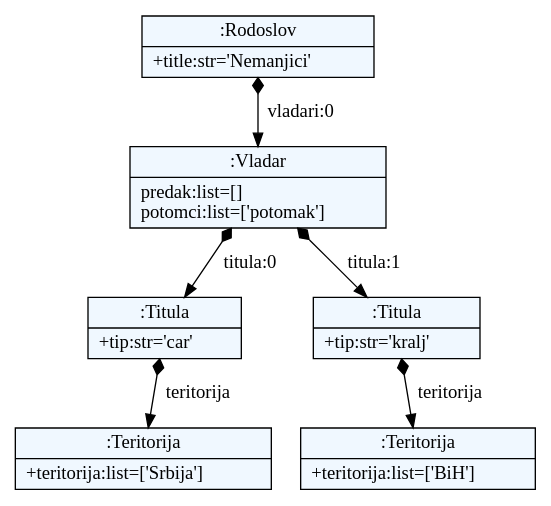
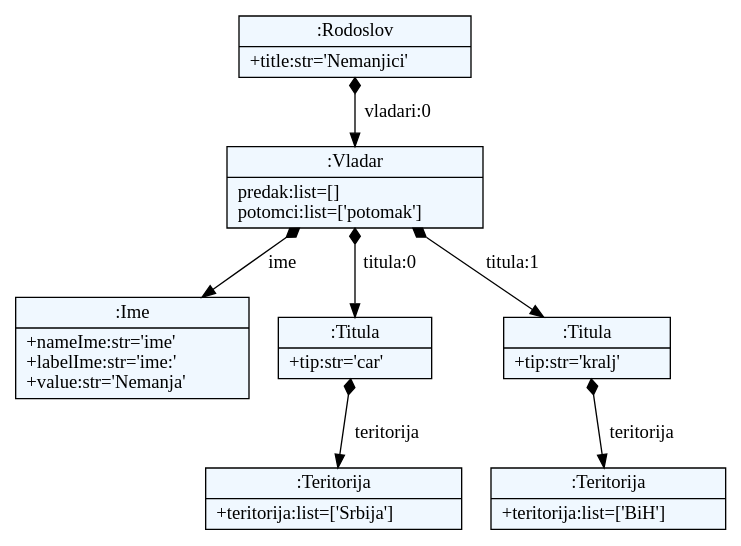
One commit to milenaL9/JSD_2017 changed the diagram in Projekat/forms/example.dot. Above: the diagram before and after it, drawn with Graphviz. The commit also changed 7 other files, not shown here.

```diff
--- a/Projekat/forms/example.dot
+++ b/Projekat/forms/example.dot
@@ -1,26 +1,28 @@
 
     digraph xtext {
     fontname = "Bitstream Vera Sans"
     fontsize = 8
     node[
         shape=record,
         style=filled,
         fillcolor=aliceblue
     ]
     nodesep = 0.3
     edge[dir=black,arrowtail=empty]
 
 
-68287176 -> 68228096 [label="vladari:0" arrowtail=diamond dir=both]
-68228096 -> 68130128 [label="titula:0" arrowtail=diamond dir=both]
-68130128 -> 68131024 [label="teritorija" arrowtail=diamond dir=both]
-68131024[label="{:Teritorija|+teritorija:list=['Srbija']\l}"]
-68130128[label="{:Titula|+tip:str='car'\l}"]
-68228096 -> 68120472 [label="titula:1" arrowtail=diamond dir=both]
-68120472 -> 68129736 [label="teritorija" arrowtail=diamond dir=both]
-68129736[label="{:Teritorija|+teritorija:list=['BiH']\l}"]
-68120472[label="{:Titula|+tip:str='kralj'\l}"]
-68228096[label="{:Vladar|predak:list=[]\lpotomci:list=['potomak']\l}"]
-68287176[label="{:Rodoslov|+title:str='Nemanjici'\l}"]
+68160816 -> 68240048 [label="vladari:0" arrowtail=diamond dir=both]
+68240048 -> 68239600 [label="ime" arrowtail=diamond dir=both]
+68239600[label="{:Ime|+nameIme:str='ime'\l+labelIme:str='ime:'\l+value:str='Nemanja'\l}"]
+68240048 -> 68240160 [label="titula:0" arrowtail=diamond dir=both]
+68240160 -> 68240440 [label="teritorija" arrowtail=diamond dir=both]
+68240440[label="{:Teritorija|+teritorija:list=['Srbija']\l}"]
+68240160[label="{:Titula|+tip:str='car'\l}"]
+68240048 -> 68240328 [label="titula:1" arrowtail=diamond dir=both]
+68240328 -> 68240720 [label="teritorija" arrowtail=diamond dir=both]
+68240720[label="{:Teritorija|+teritorija:list=['BiH']\l}"]
+68240328[label="{:Titula|+tip:str='kralj'\l}"]
+68240048[label="{:Vladar|predak:list=[]\lpotomci:list=['potomak']\l}"]
+68160816[label="{:Rodoslov|+title:str='Nemanjici'\l}"]
 
 }
```
